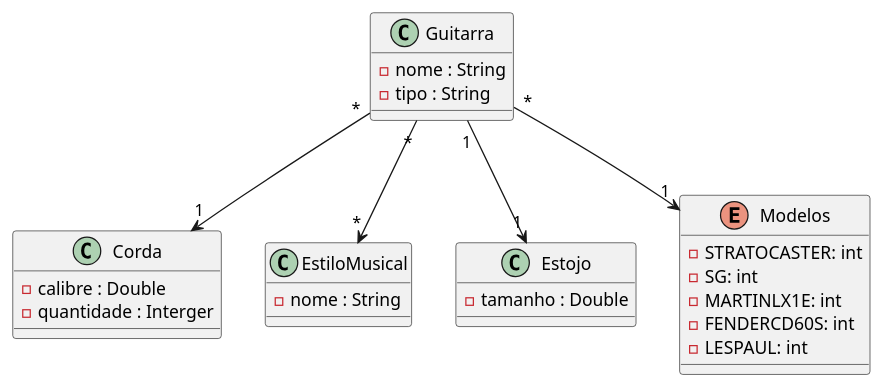
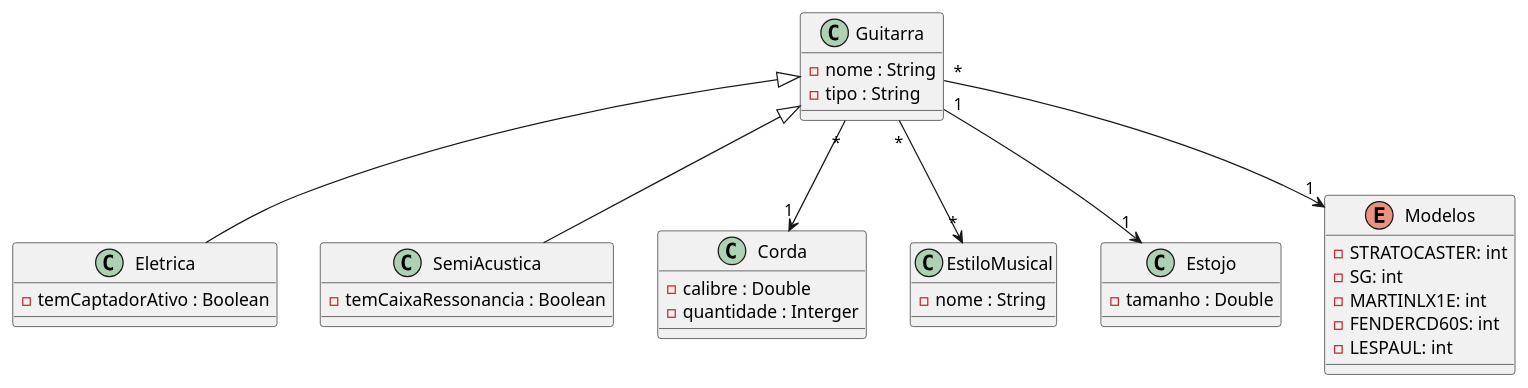
Before and after one commit to diegogalvao-dev/code-with-quarkus: the diagram in src/main/java/diagram guitarra.puml, drawn with PlantUML. The commit also changed 19 other files, not shown here.

```diff
--- a/src/main/java/diagram guitarra.puml
+++ b/src/main/java/diagram guitarra.puml
@@ -1,40 +1,51 @@
 @startuml
 
 class Guitarra{
     - nome : String
     - tipo : String
+}
+
+class Eletrica{
+    - temCaptadorAtivo : Boolean
+}
+
+class SemiAcustica{
+    - temCaixaRessonancia : Boolean
 }
 
 class Corda{
     - calibre : Double
     - quantidade : Interger
 }
 
 class EstiloMusical{
     - nome : String
 }
 
 class Estojo{
     - tamanho : Double
 }
 
 enum Modelos{
 
     - STRATOCASTER: int
     - SG: int
     - MARTINLX1E: int
     - FENDERCD60S: int
     - LESPAUL: int
 
 }
 
 'relacionamento'
 
 Guitarra "*" --> "1" Corda
 Guitarra "*" --> "1" Modelos
 
 Guitarra "*" --> "*" EstiloMusical
 
 Guitarra "1" --> "1" Estojo
 
+Eletrica -up-|> Guitarra
+SemiAcustica -up-|> Guitarra
+
 @enduml
```
